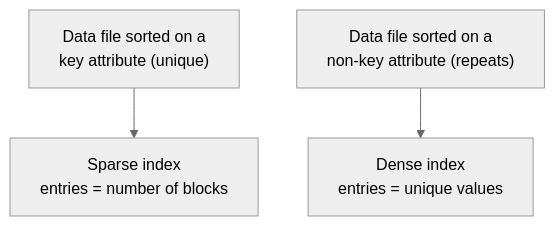
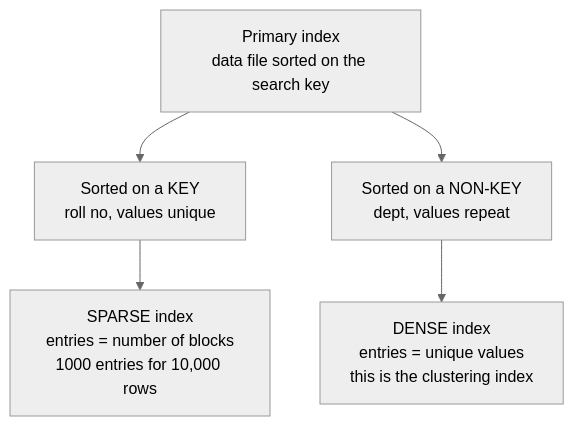
Before and after one commit to aaryan-pradhan/core-cs-fundamentals: the fourth of 7 diagrams in dbms/14-indexing.md, drawn with Mermaid (neutral theme). The commit also changed other lines of this file, not shown here.

````diff
--- a/dbms/14-indexing.md
+++ b/dbms/14-indexing.md
@@ -115,5 +71,8 @@
 ```mermaid
 flowchart TB
-  K["Data file sorted on a<br/>key attribute (unique)"] --> SP["Sparse index<br/>entries = number of blocks"]
-  N["Data file sorted on a<br/>non-key attribute (repeats)"] --> DE["Dense index<br/>entries = unique values"]
+  P["Primary index<br/>data file sorted on the search key"]
+  P --> K["Sorted on a KEY<br/>roll no, values unique"]
+  P --> N["Sorted on a NON-KEY<br/>dept, values repeat"]
+  K --> SP["SPARSE index<br/>entries = number of blocks<br/>1000 entries for 10,000 rows"]
+  N --> DE["DENSE index<br/>entries = unique values<br/>this is the clustering index"]
 ```
````
